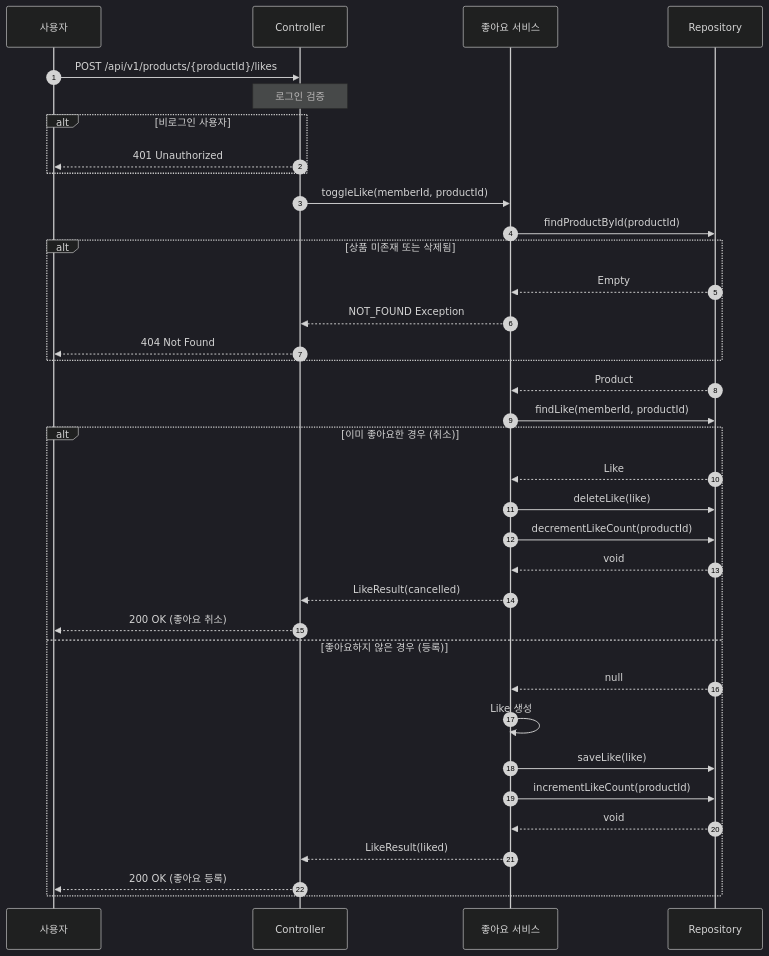
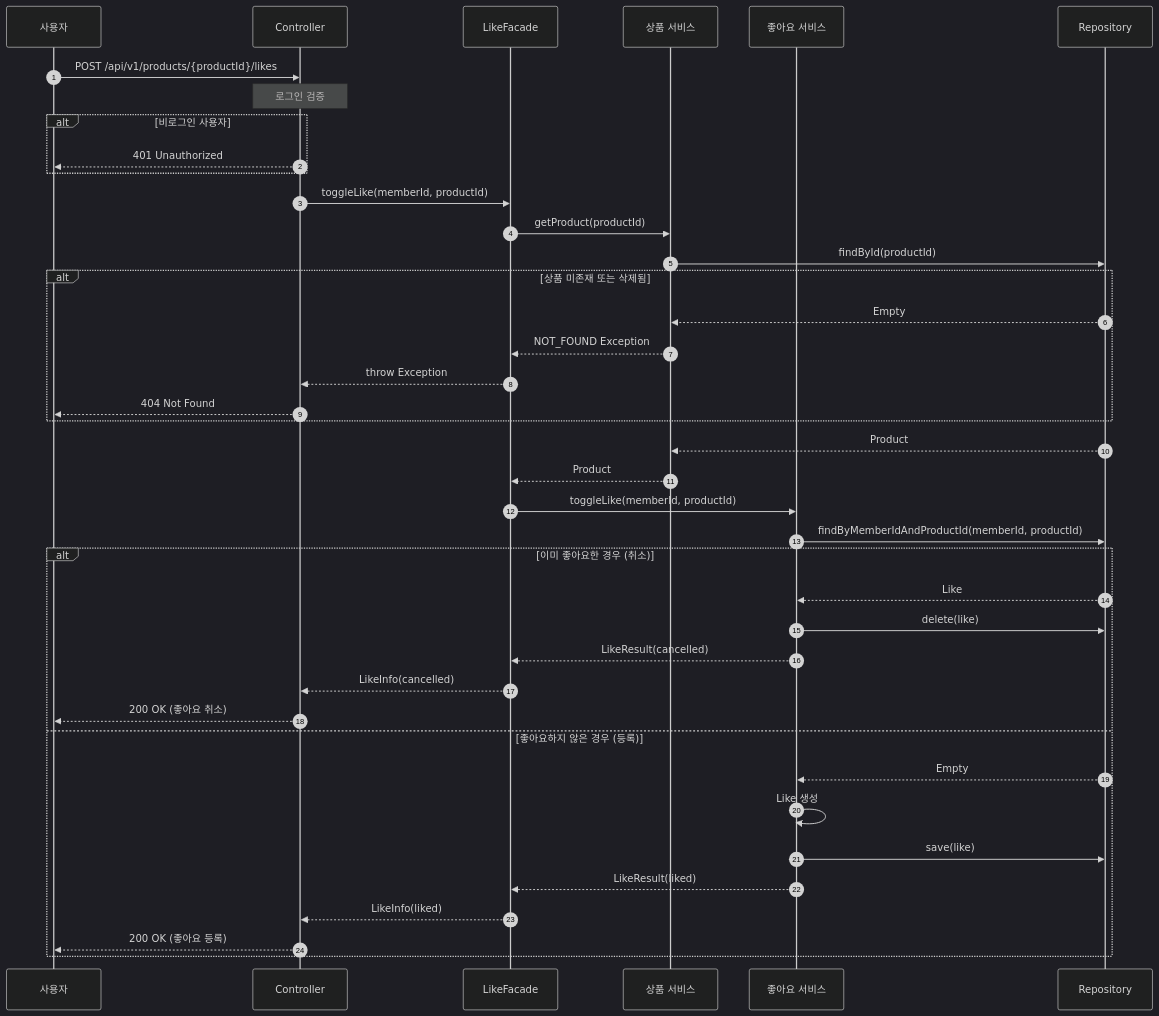
Diagram 13 of 16 in docs/design/02-sequence-diagram.md (letter333/loop-pack-be-l2-vol3-java), drawn with Mermaid (dark theme) before and after one commit. The commit also changed other lines of this file and 3 other files, not shown here.

````diff
--- a/docs/design/02-sequence-diagram.md
+++ b/docs/design/02-sequence-diagram.md
@@ -524,44 +508,49 @@
 ```mermaid
 sequenceDiagram
     autonumber
     participant Client as 사용자
     participant Controller
+    participant Facade as LikeFacade
+    participant ProductService as 상품 서비스
     participant LikeService as 좋아요 서비스
     participant Repository
 
     Client->>Controller: POST /api/v1/products/{productId}/likes
     Note over Controller: 로그인 검증
 
     alt 비로그인 사용자
         Controller-->>Client: 401 Unauthorized
     end
 
-    Controller->>LikeService: toggleLike(memberId, productId)
-    LikeService->>Repository: findProductById(productId)
+    Controller->>Facade: toggleLike(memberId, productId)
+    Facade->>ProductService: getProduct(productId)
+    ProductService->>Repository: findById(productId)
 
     alt 상품 미존재 또는 삭제됨
-        Repository-->>LikeService: Empty
-        LikeService-->>Controller: NOT_FOUND Exception
+        Repository-->>ProductService: Empty
+        ProductService-->>Facade: NOT_FOUND Exception
+        Facade-->>Controller: throw Exception
         Controller-->>Client: 404 Not Found
     end
 
-    Repository-->>LikeService: Product
-    LikeService->>Repository: findLike(memberId, productId)
+    Repository-->>ProductService: Product
+    ProductService-->>Facade: Product
+
+    Facade->>LikeService: toggleLike(memberId, productId)
+    LikeService->>Repository: findByMemberIdAndProductId(memberId, productId)
 
     alt 이미 좋아요한 경우 (취소)
         Repository-->>LikeService: Like
-        LikeService->>Repository: deleteLike(like)
-        LikeService->>Repository: decrementLikeCount(productId)
-        Repository-->>LikeService: void
-        LikeService-->>Controller: LikeResult(cancelled)
+        LikeService->>Repository: delete(like)
+        LikeService-->>Facade: LikeResult(cancelled)
+        Facade-->>Controller: LikeInfo(cancelled)
         Controller-->>Client: 200 OK (좋아요 취소)
     else 좋아요하지 않은 경우 (등록)
-        Repository-->>LikeService: null
+        Repository-->>LikeService: Empty
         LikeService->>LikeService: Like 생성
-        LikeService->>Repository: saveLike(like)
-        LikeService->>Repository: incrementLikeCount(productId)
-        Repository-->>LikeService: void
-        LikeService-->>Controller: LikeResult(liked)
+        LikeService->>Repository: save(like)
+        LikeService-->>Facade: LikeResult(liked)
+        Facade-->>Controller: LikeInfo(liked)
         Controller-->>Client: 200 OK (좋아요 등록)
     end
 ```
````
